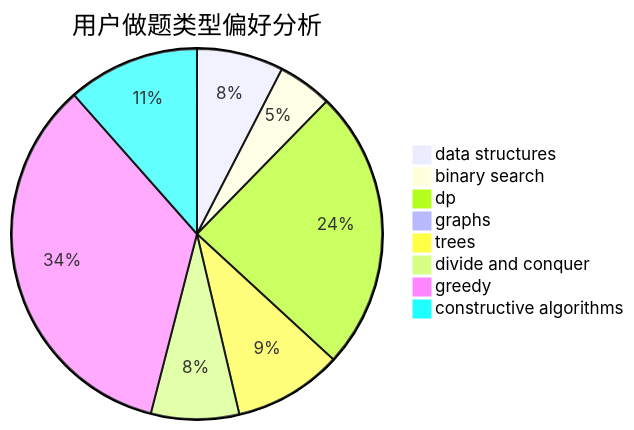
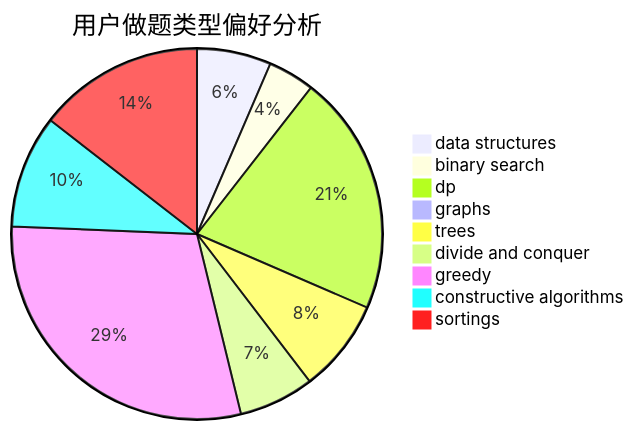
Before and after one commit to sherpahu/cfrs.github.io: the second of 3 diagrams in docs/user/u2724.md, drawn with Mermaid. The commit also changed other lines of this file and 2769 other files, not shown here.

````diff
--- a/docs/user/u2724.md
+++ b/docs/user/u2724.md
@@ -23,11 +18,12 @@
 ```mermaid
 pie title 用户做题类型偏好分析
     "data structures" :  67
     "binary search" :  42
     "dp" :  217
     "graphs" :  3
     "trees" :  84
     "divide and conquer" :  68
     "greedy" :  305
     "constructive algorithms" :  102
+    "sortings" :  150
 ```
````
